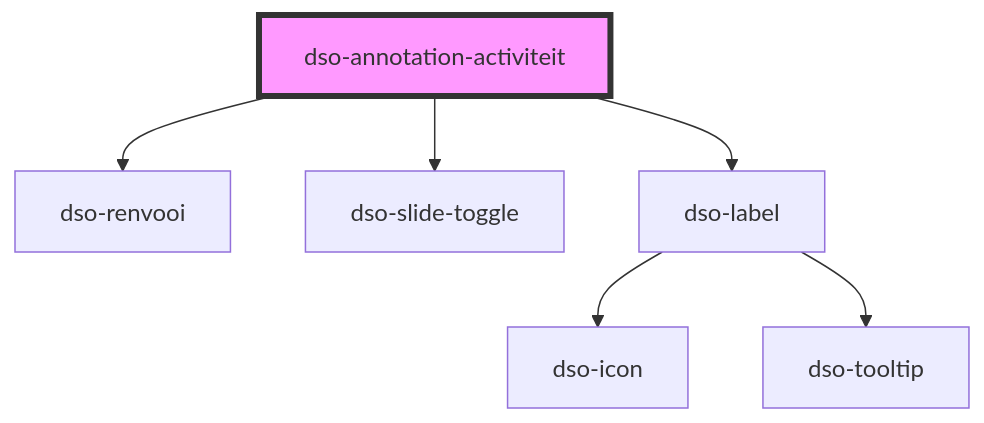
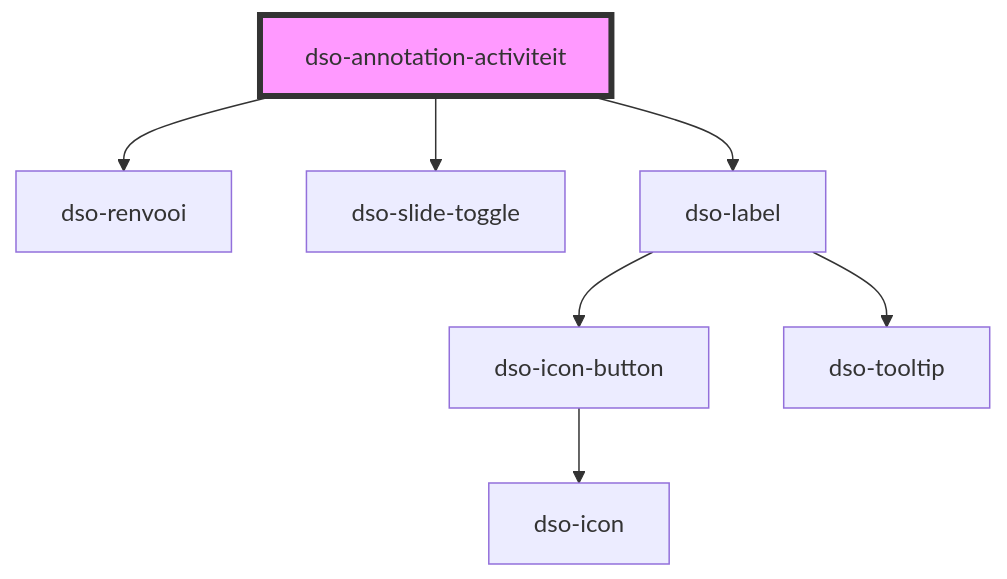
The diagram in packages/core/src/components/annotation/annotation-activiteit/readme.md (dso-toolkit/dso-toolkit), drawn with Mermaid before and after one commit. The commit also changed 48 other files, not shown here.

Commit message:
#2315 [Added] Icon button: Replace all buttons with icon-only with the icon-button component

````diff
--- a/packages/core/src/components/annotation/annotation-activiteit/readme.md
+++ b/packages/core/src/components/annotation/annotation-activiteit/readme.md
@@ -44,9 +44,10 @@
 ```mermaid
 graph TD;
   dso-annotation-activiteit --> dso-renvooi
   dso-annotation-activiteit --> dso-slide-toggle
   dso-annotation-activiteit --> dso-label
-  dso-label --> dso-icon
+  dso-label --> dso-icon-button
   dso-label --> dso-tooltip
+  dso-icon-button --> dso-icon
   style dso-annotation-activiteit fill:#f9f,stroke:#333,stroke-width:4px
 ```
````
